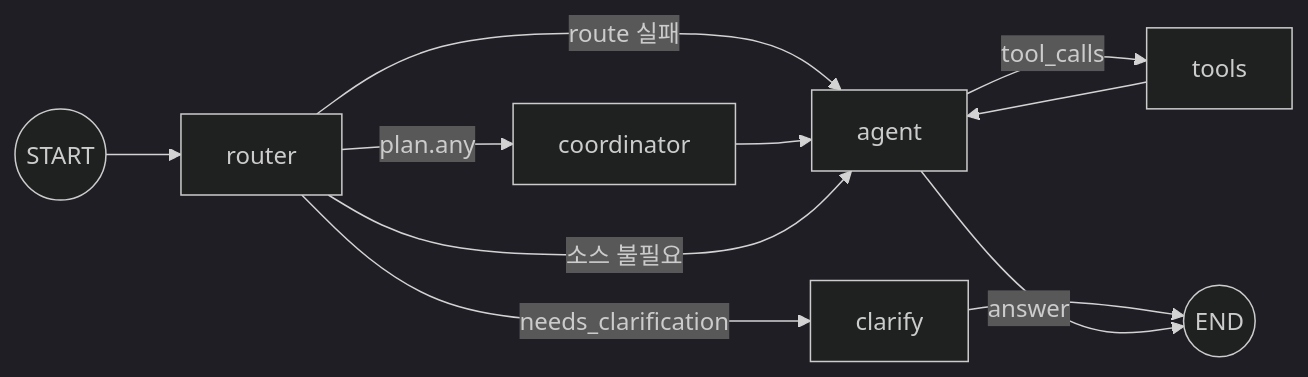
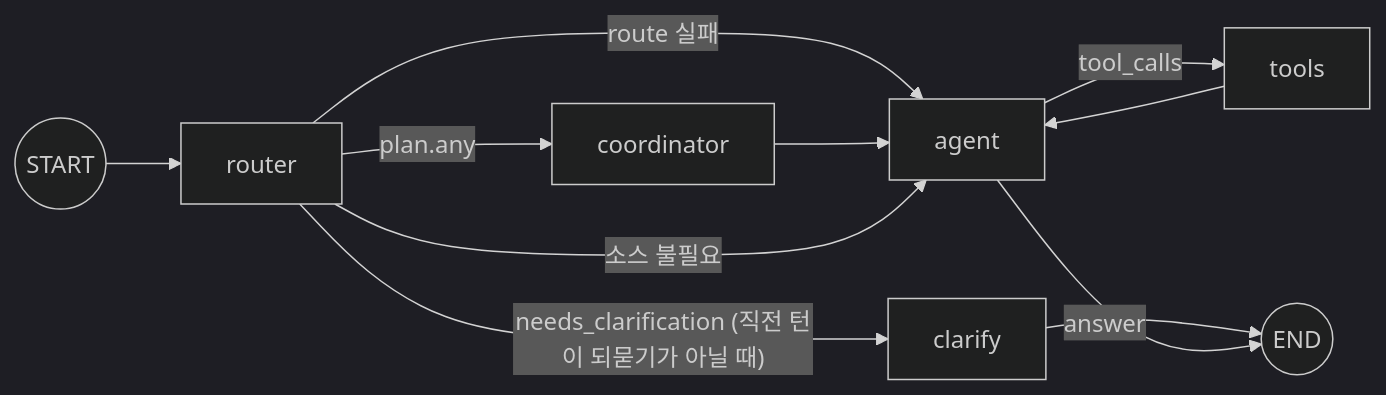
One commit to Jake-tt/chatforge changed the fourth of 8 diagrams in ARCHITECTURE.md. Above: the diagram before and after it, drawn with Mermaid (dark theme). The commit also changed other lines of this file and 9 other files, not shown here.

````diff
--- a/ARCHITECTURE.md
+++ b/ARCHITECTURE.md
@@ -248,10 +249,10 @@
 ```mermaid
 flowchart LR
   S((START)) --> router
   router -- "route 실패" --> agent
-  router -- "needs_clarification" --> clarify --> E((END))
+  router -- "needs_clarification (직전 턴이 되묻기가 아닐 때)" --> clarify --> E((END))
   router -- "plan.any" --> coordinator --> agent
   router -- "소스 불필요" --> agent
   agent -- "tool_calls" --> tools --> agent
   agent -- "answer" --> E
 ```
````
